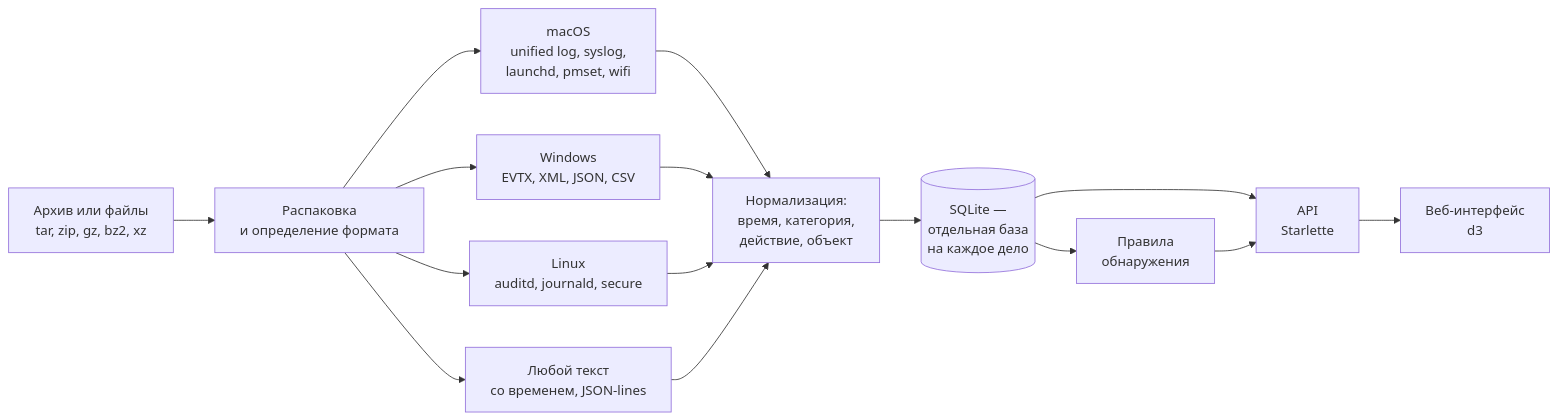
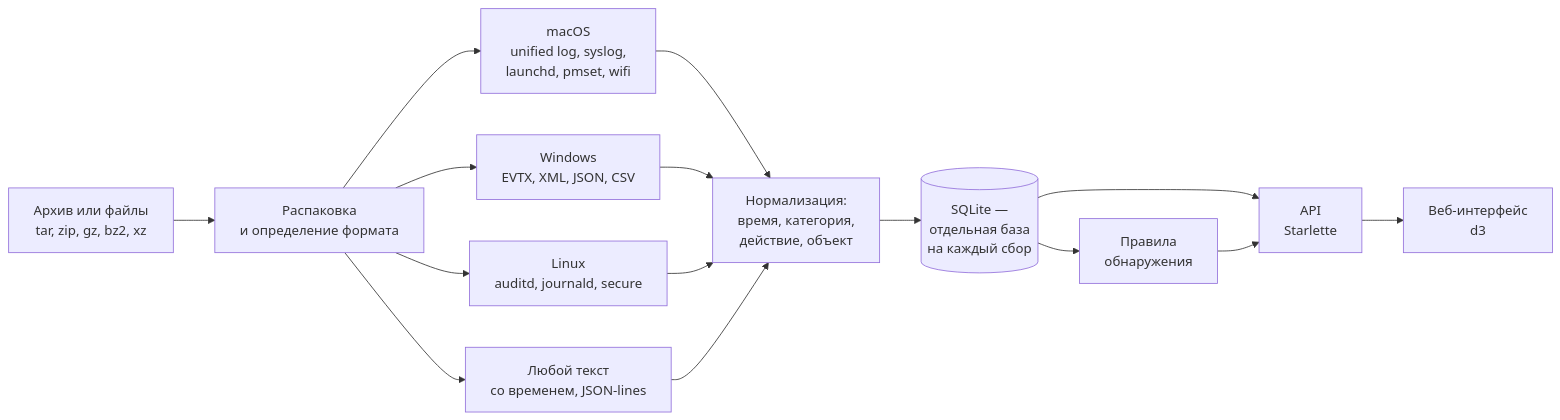
One commit to ArsIS-02/logatlas changed the diagram in README.md. Above: the diagram before and after it, drawn with Mermaid. The commit also changed other lines of this file and 20 other files, not shown here.

Commit message:
Сбор журналов с хостов из панели (Linux, macOS, Windows по SSH ключом панели), «дело» переименовано в «сбор»

````diff
--- a/README.md
+++ b/README.md
@@ -177,17 +195,17 @@
 ```mermaid
 flowchart LR
   A["Архив или файлы<br/>tar, zip, gz, bz2, xz"] --> B["Распаковка<br/>и определение формата"]
   B --> M["macOS<br/>unified log, syslog,<br/>launchd, pmset, wifi"]
   B --> W["Windows<br/>EVTX, XML, JSON, CSV"]
   B --> L["Linux<br/>auditd, journald, secure"]
   B --> G["Любой текст<br/>со временем, JSON-lines"]
   M --> N["Нормализация:<br/>время, категория,<br/>действие, объект"]
   W --> N
   L --> N
   G --> N
-  N --> D[("SQLite —<br/>отдельная база<br/>на каждое дело")]
+  N --> D[("SQLite —<br/>отдельная база<br/>на каждый сбор")]
   D --> R["Правила<br/>обнаружения"]
   D --> API["API<br/>Starlette"]
   R --> API
   API --> UI["Веб-интерфейс<br/>d3"]
 ```
````
